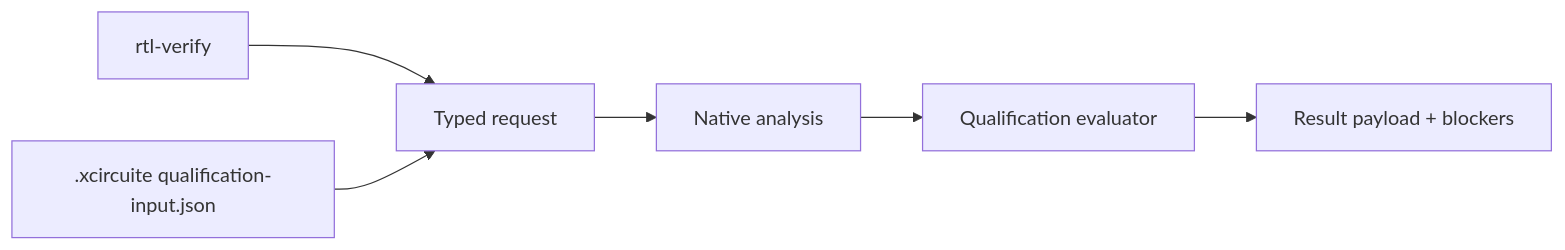
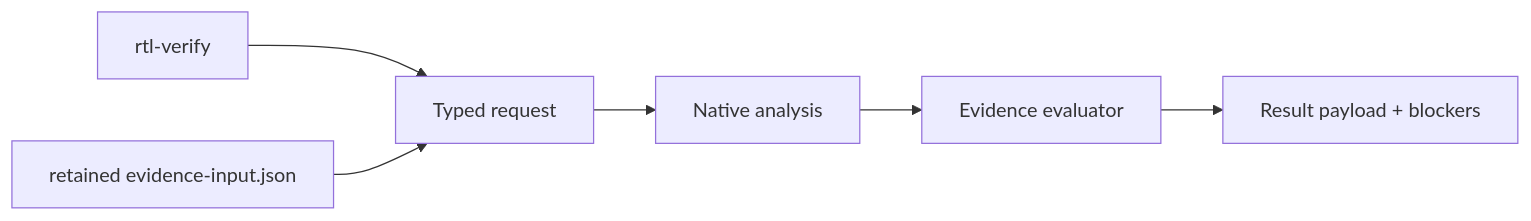
One commit to 1amageek/RTLVerificationEngine changed the third of 4 diagrams in README.md. Above: the diagram before and after it, drawn with Mermaid. The commit also changed other lines of this file and 6 other files, not shown here.

````diff
--- a/README.md
+++ b/README.md
@@ -108,8 +110,8 @@
 ```mermaid
 flowchart LR
     CLI["rtl-verify"] --> Request["Typed request"]
-    Evidence[".xcircuite qualification-input.json"] --> Request
+    Evidence["retained evidence-input.json"] --> Request
     Request --> Execute["Native analysis"]
-    Execute --> Evaluate["Qualification evaluator"]
+    Execute --> Evaluate["Evidence evaluator"]
     Evaluate --> Result["Result payload + blockers"]
 ```
````
